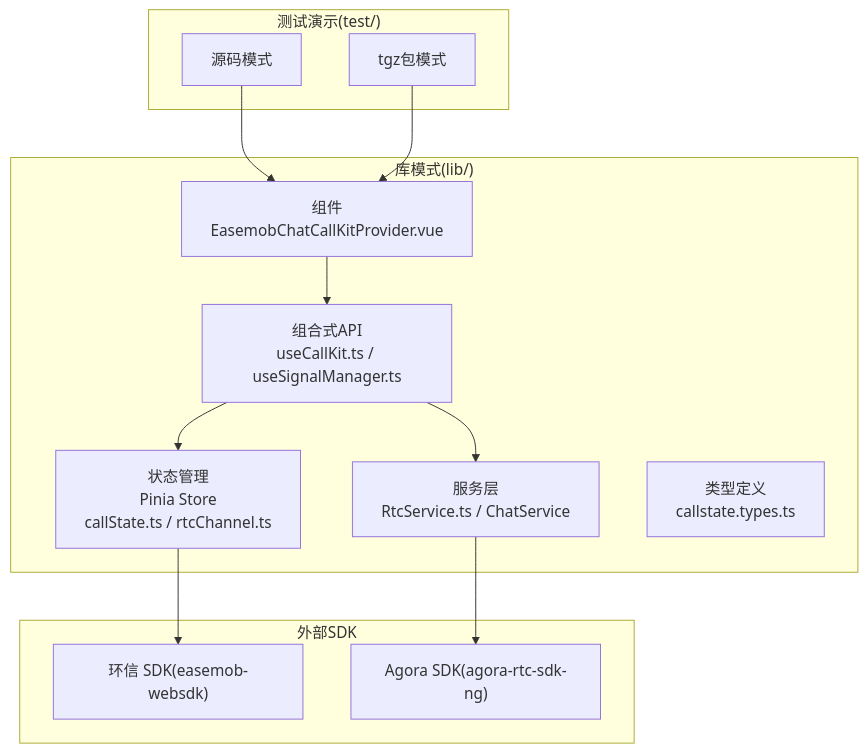
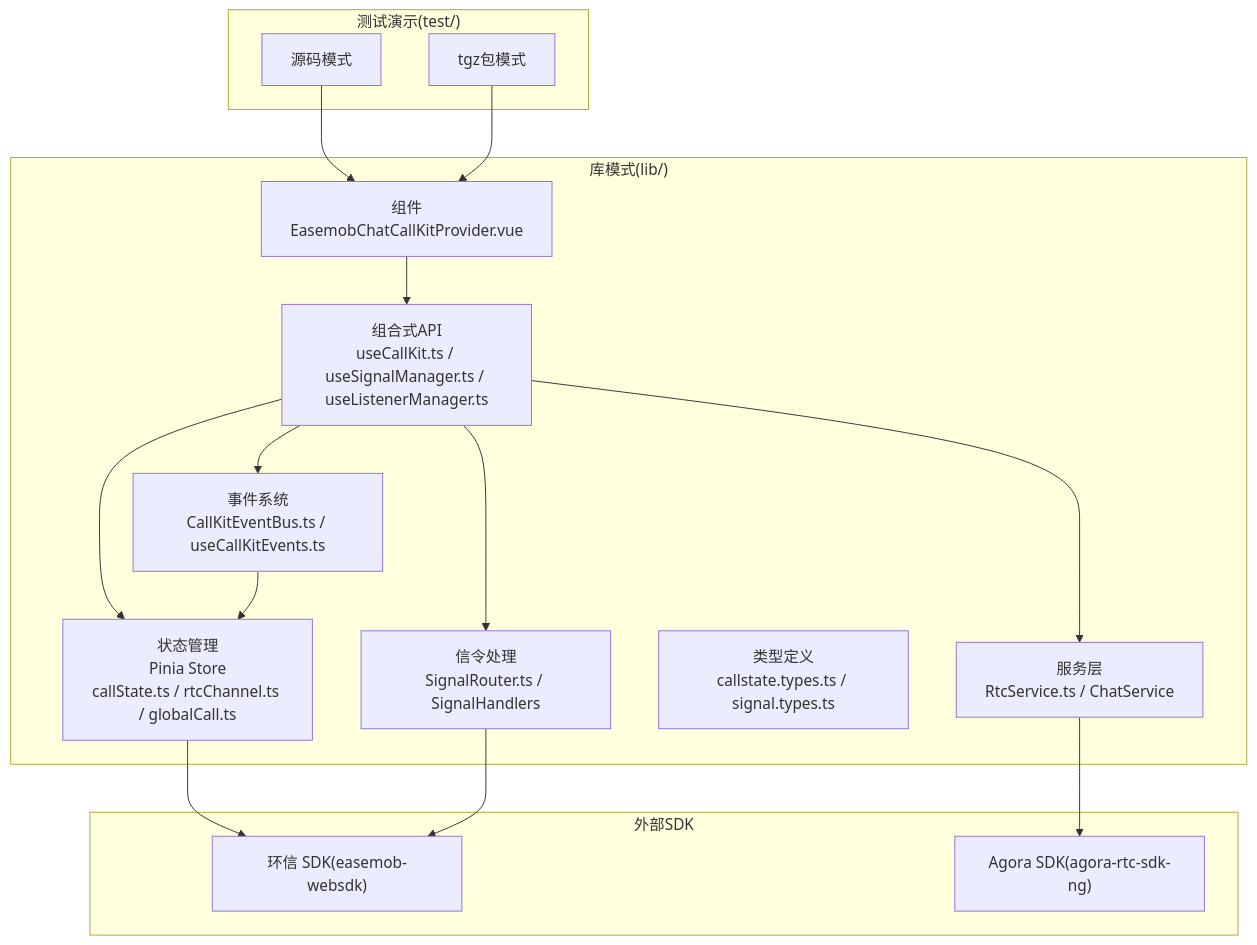
One commit to Easemob-Community/easemob-uikit-callkit-vue3 changed the first of 14 diagrams in .qoder/repowiki/zh/content/架构设计.md. Above: the diagram before and after it, drawn with Mermaid. The commit also changed other lines of this file and 58 other files, not shown here.

````diff
--- a/.qoder/repowiki/zh/content/架构设计.md
+++ b/.qoder/repowiki/zh/content/架构设计.md
@@ -40,25 +68,31 @@
 ```mermaid
 graph TB
 subgraph "库模式(lib/)"
 A["组件<br/>EasemobChatCallKitProvider.vue"]
-B["组合式API<br/>useCallKit.ts / useSignalManager.ts"]
+B["组合式API<br/>useCallKit.ts / useSignalManager.ts / useListenerManager.ts"]
 C["服务层<br/>RtcService.ts / ChatService"]
-D["状态管理<br/>Pinia Store<br/>callState.ts / rtcChannel.ts"]
-E["类型定义<br/>callstate.types.ts"]
+D["状态管理<br/>Pinia Store<br/>callState.ts / rtcChannel.ts / globalCall.ts"]
+E["类型定义<br/>callstate.types.ts / signal.types.ts"]
+F["信令处理<br/>SignalRouter.ts / SignalHandlers"]
+G["事件系统<br/>CallKitEventBus.ts / useCallKitEvents.ts"]
 end
 subgraph "测试演示(test/)"
 T1["源码模式"]
 T2["tgz包模式"]
 end
 subgraph "外部SDK"
 S1["环信 SDK(easemob-websdk)"]
 S2["Agora SDK(agora-rtc-sdk-ng)"]
 end
 A --> B
 B --> C
 B --> D
+B --> F
+B --> G
 C --> S2
 D --> S1
+F --> S1
+G --> D
 T1 --> A
 T2 --> A
 ```
````
